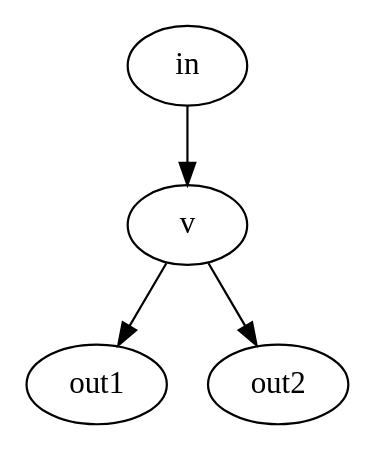
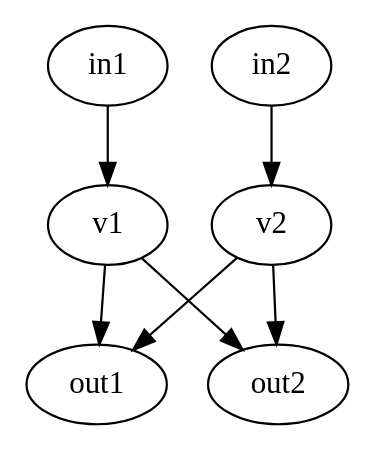
Before and after one commit to mudrutom/AU-RailwayStation: the diagram in example/station-1.dot, drawn with Graphviz. The commit also changed 6 other files, not shown here.

```diff
--- a/example/station-1.dot
+++ b/example/station-1.dot
@@ -1,5 +1,8 @@
 digraph station {
-	in -> v;
-	v -> out1;
-	v -> out2;
+	in1 -> v1;
+	in2 -> v2;
+	v1 -> out1;
+	v2 -> out1;
+	v1 -> out2;
+	v2 -> out2;
 }
```
